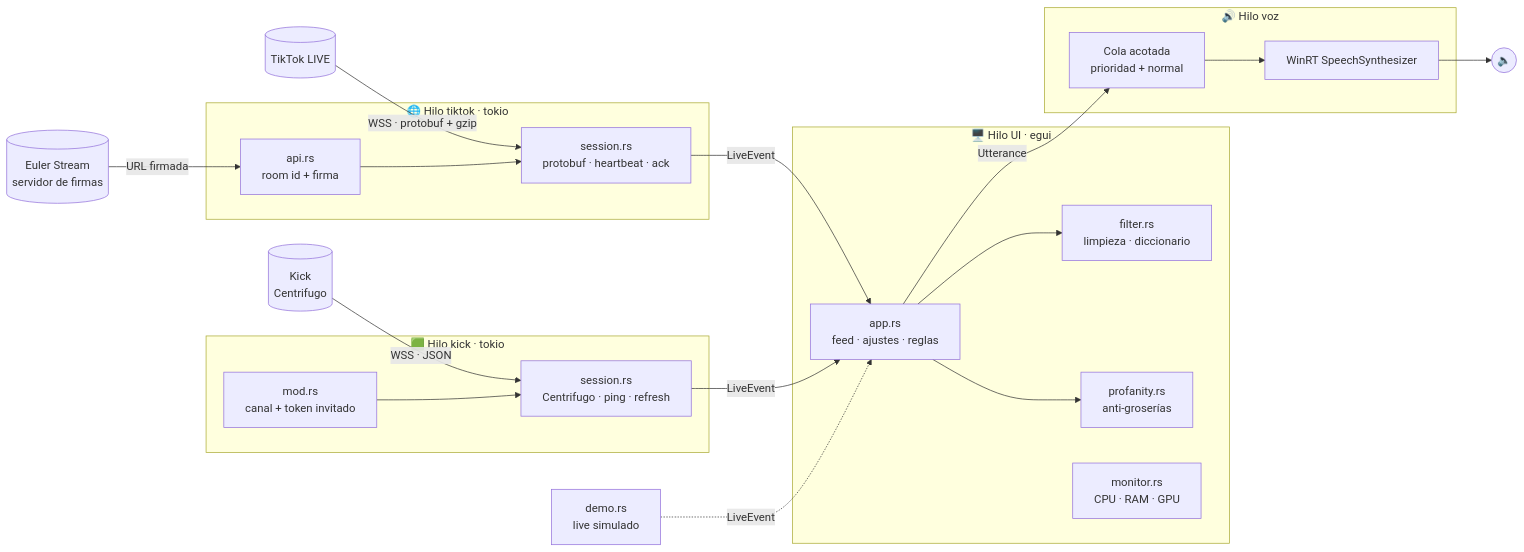
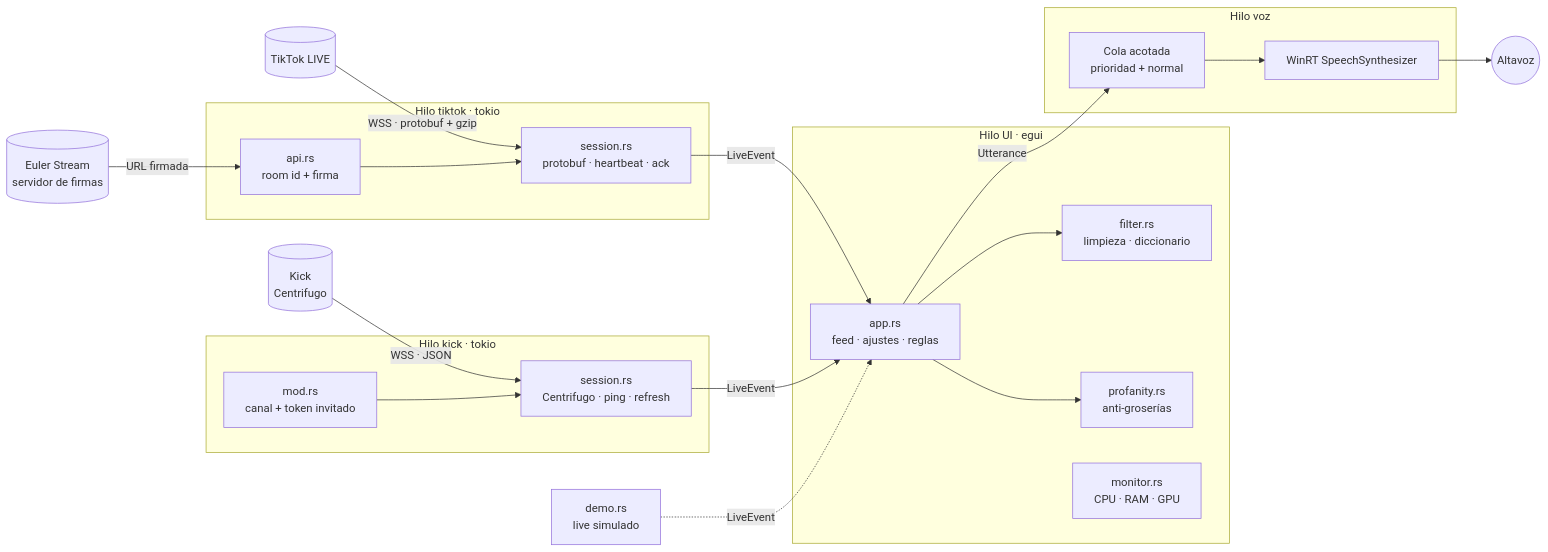
The second of 6 diagrams in README.md (Bryan-Herrera-DEV/tikvoz), drawn with Mermaid before and after one commit. The commit also changed other lines of this file, not shown here.

````diff
--- a/README.md
+++ b/README.md
@@ -212,38 +212,38 @@
 ```mermaid
 flowchart LR
-    subgraph UI["🖥️ Hilo UI · egui"]
+    subgraph UI["Hilo UI · egui"]
         APP["app.rs<br/>feed · ajustes · reglas"]
         FIL["filter.rs<br/>limpieza · diccionario"]
         PROF["profanity.rs<br/>anti-groserías"]
         MON["monitor.rs<br/>CPU · RAM · GPU"]
     end
 
-    subgraph NET["🌐 Hilo tiktok · tokio"]
+    subgraph NET["Hilo tiktok · tokio"]
         API["api.rs<br/>room id + firma"]
         SES["session.rs<br/>protobuf · heartbeat · ack"]
     end
 
-    subgraph KNET["🟩 Hilo kick · tokio"]
+    subgraph KNET["Hilo kick · tokio"]
         KAPI["mod.rs<br/>canal + token invitado"]
         KSES["session.rs<br/>Centrifugo · ping · refresh"]
     end
 
     DEMO["demo.rs<br/>live simulado"]
 
-    subgraph VOZ["🔊 Hilo voz"]
+    subgraph VOZ["Hilo voz"]
         Q["Cola acotada<br/>prioridad + normal"]
         TTS["WinRT SpeechSynthesizer"]
     end
 
     TT[("TikTok LIVE")] -- "WSS · protobuf + gzip" --> SES
     ES[("Euler Stream<br/>servidor de firmas")] -- "URL firmada" --> API
     API --> SES
     KK[("Kick<br/>Centrifugo")] -- "WSS · JSON" --> KSES
     KAPI --> KSES
     SES -- "LiveEvent" --> APP
     KSES -- "LiveEvent" --> APP
     DEMO -. "LiveEvent" .-> APP
     APP --> PROF
     APP --> FIL
-    APP -- "Utterance" --> Q --> TTS --> SPK(("🔈"))
+    APP -- "Utterance" --> Q --> TTS --> SPK(("Altavoz"))
 ```
````
